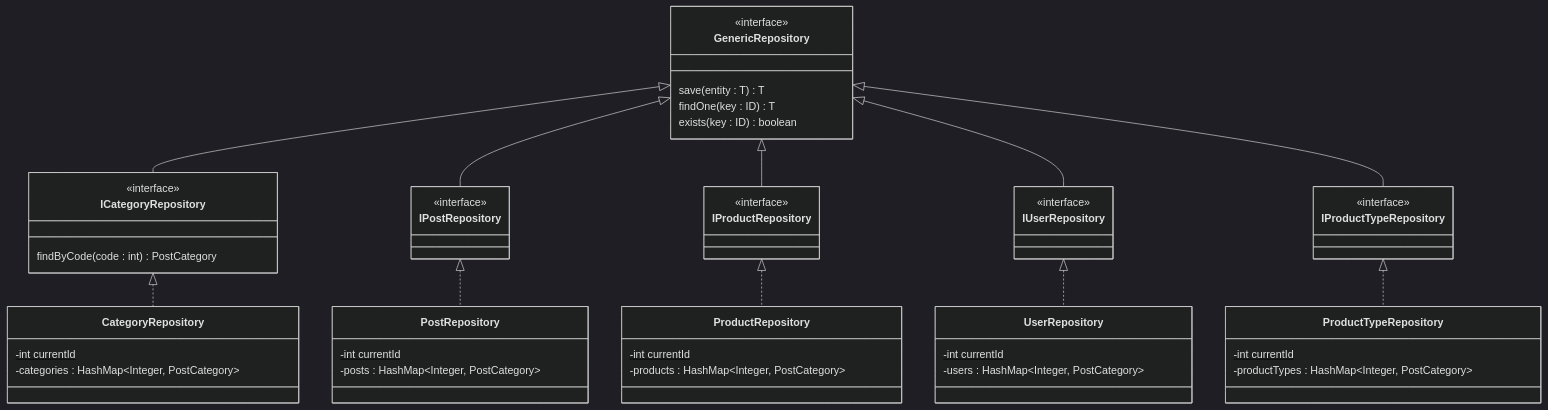
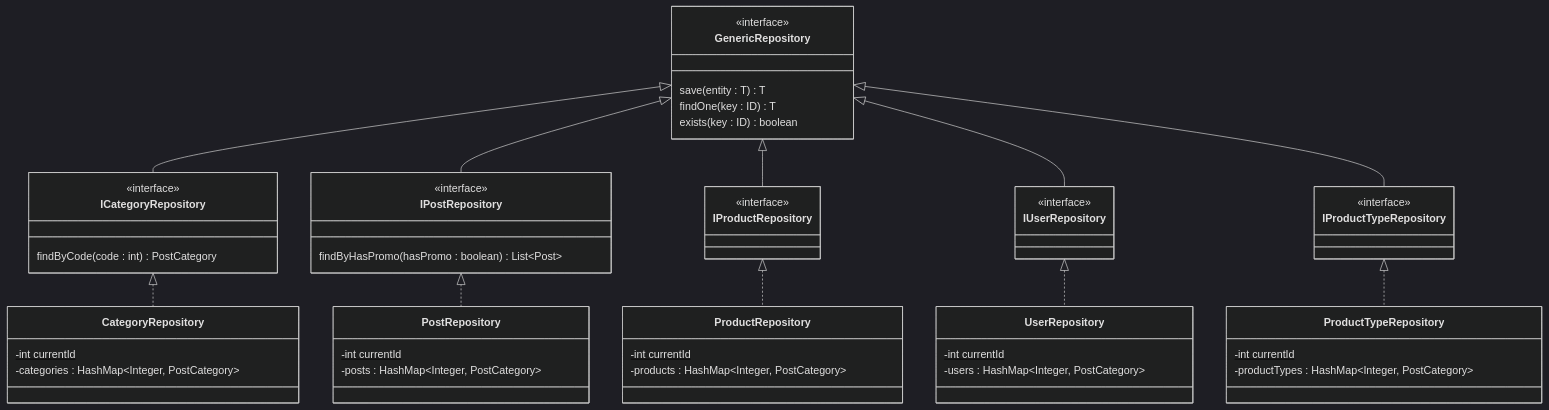
The diagram in 4. sprint/be_java_hisp_w20_g2_idalgo/docs/diagramas_de_clase/repositorios_custom.md (adriancaceres-dh/wave20-practicas), drawn with Mermaid before and after one commit. The commit also changed 1 other file, not shown here.

Commit message:
diagramas de clase actualizados

````diff
--- a/4. sprint/be_java_hisp_w20_g2_idalgo/docs/diagramas_de_clase/repositorios_custom.md
+++ b/4. sprint/be_java_hisp_w20_g2_idalgo/docs/diagramas_de_clase/repositorios_custom.md
@@ -6,61 +6,64 @@
 ```mermaid
 %%{init: {'theme': 'dark'}}%%
 classDiagram-v2
     
     GenericRepository <|-- ICategoryRepository
     GenericRepository <|-- IPostRepository
     GenericRepository <|-- IProductRepository
     GenericRepository <|-- IUserRepository
     GenericRepository <|-- IProductTypeRepository
     ICategoryRepository <|.. CategoryRepository
     IPostRepository <|.. PostRepository
     IProductRepository <|.. ProductRepository
     IUserRepository <|.. UserRepository
     IProductTypeRepository <|.. ProductTypeRepository
     
     class GenericRepository~T, ID~ {
         <<interface>>
         save(entity : T)T
         findOne(key : ID)T
         exists(key : ID)boolean
     }
-    
-    <<interface>> IPostRepository
-    
+        
     <<interface>> IProductRepository
     
     <<interface>> IProductTypeRepository
     
     <<interface>> IUserRepository
+    
+    class IPostRepository {
+        <<interface>>
+        findByHasPromo(hasPromo : boolean)List~Post~
+    }
     
     class ICategoryRepository {
         <<interface>>
         findByCode(code : int)PostCategory
     }
     
     class CategoryRepository {
         -int currentId$
         -categories : HashMap~Integer, PostCategory~
     }
     
     class PostRepository {
         -int currentId$
         -posts : HashMap~Integer, PostCategory~
     }
     
     class ProductRepository {
         -int currentId$
         -products : HashMap~Integer, PostCategory~
     }
     
     class ProductTypeRepository {
         -int currentId$
         -productTypes : HashMap~Integer, PostCategory~
     }
     
     class UserRepository {
         -int currentId$
         -users : HashMap~Integer, PostCategory~
     }
     
 ```
````
